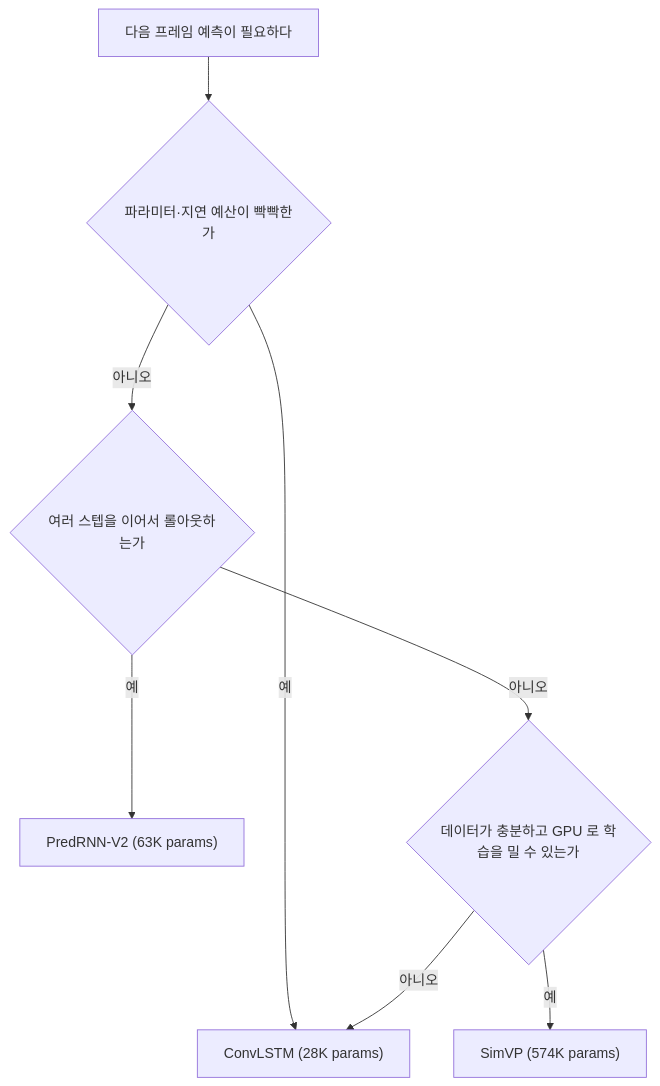
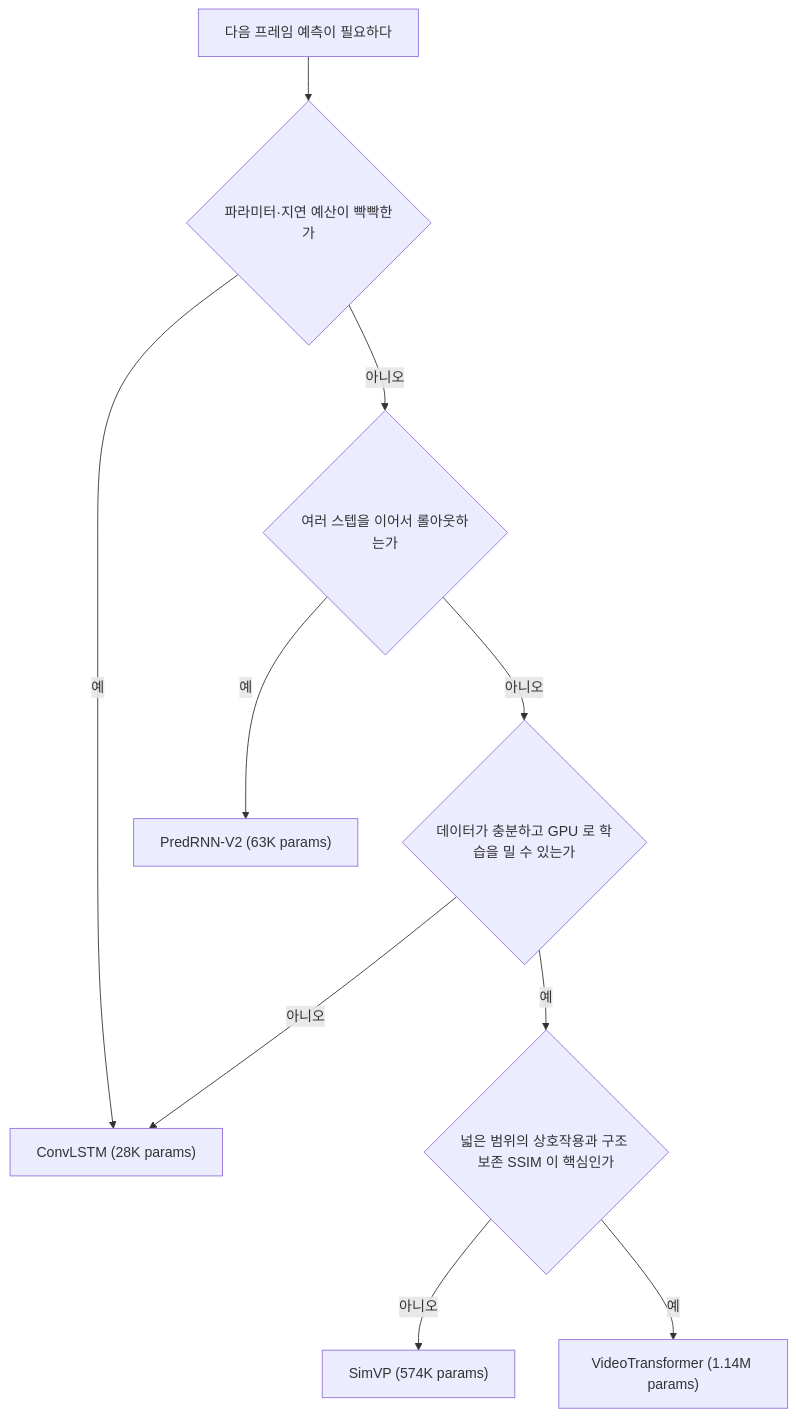
One commit to icesnake72/aice changed the fifth of 5 diagrams in doc/model_comparison.md. Above: the diagram before and after it, drawn with Mermaid. The commit also changed other lines of this file and 2 other files, not shown here.

First line of the commit message:
문서에 VideoTransformer 반영 (비교표·3.4절·실행·7.2 측정값)

````diff
--- a/doc/model_comparison.md
+++ b/doc/model_comparison.md
@@ -325,10 +402,12 @@
 ```mermaid
 flowchart TD
   A["다음 프레임 예측이 필요하다"] --> B{"파라미터·지연 예산이 빡빡한가"}
   B -->|예| C["ConvLSTM (28K params)"]
   B -->|아니오| D{"여러 스텝을 이어서 롤아웃하는가"}
   D -->|예| E["PredRNN-V2 (63K params)"]
   D -->|아니오| F{"데이터가 충분하고 GPU 로 학습을 밀 수 있는가"}
-  F -->|예| G["SimVP (574K params)"]
   F -->|아니오| C
+  F -->|예| G{"넓은 범위의 상호작용과 구조 보존 SSIM 이 핵심인가"}
+  G -->|아니오| H["SimVP (574K params)"]
+  G -->|예| I["VideoTransformer (1.14M params)"]
 ```
````
